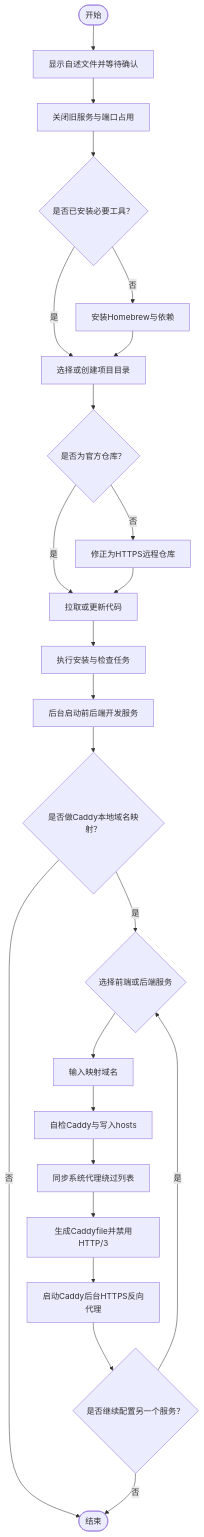
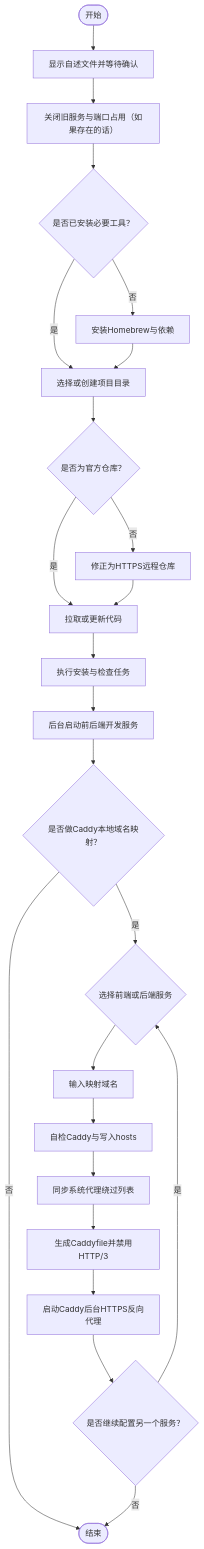
One commit to JobsKits/JobsCommand-Others changed the second of 2 diagrams in 【MacOS】StirlingPDF.command/README.md. Above: the diagram before and after it, drawn with Mermaid. The commit also changed other lines of this file and 1 other file, not shown here.

Commit message:
no message

````diff
--- a/【MacOS】StirlingPDF.command/README.md
+++ b/【MacOS】StirlingPDF.command/README.md
@@ -81,26 +81,26 @@
 ```mermaid
 graph TD
     A([开始]) --> B[显示自述文件并等待确认]
-    B --> C[关闭旧服务与端口占用]
+    B --> C[关闭旧服务与端口占用（如果存在的话）]
     C --> D{是否已安装必要工具？}
     D --> |否| E[安装Homebrew与依赖]
     D --> |是| F[选择或创建项目目录]
     E --> F
     F --> G{是否为官方仓库？}
     G --> |否| H[修正为HTTPS远程仓库]
     G --> |是| I[拉取或更新代码]
     H --> I
     I --> J[执行安装与检查任务]
     J --> K[后台启动前后端开发服务]
     K --> L{是否做Caddy本地域名映射？}
     L --> |否| Z([结束])
     L --> |是| M{选择前端或后端服务}
     M --> N[输入映射域名]
     N --> O[自检Caddy与写入hosts]
     O --> P[同步系统代理绕过列表]
     P --> Q[生成Caddyfile并禁用HTTP/3]
     Q --> R[启动Caddy后台HTTPS反向代理]
     R --> S{是否继续配置另一个服务？}
     S --> |是| M
     S --> |否| Z([结束])
 ```
````
